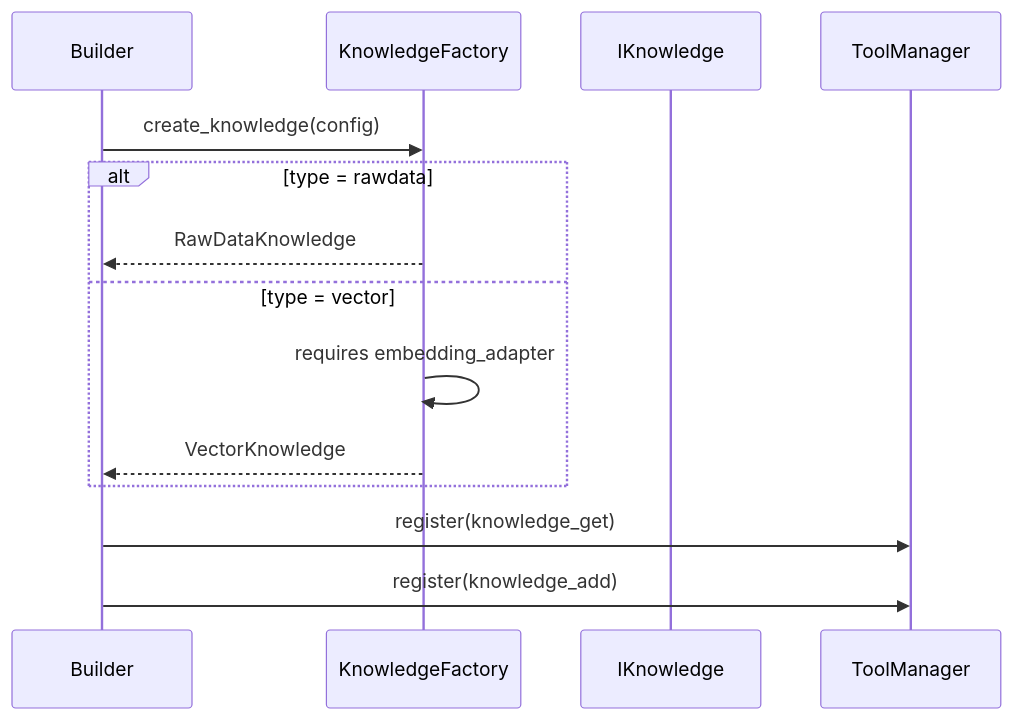
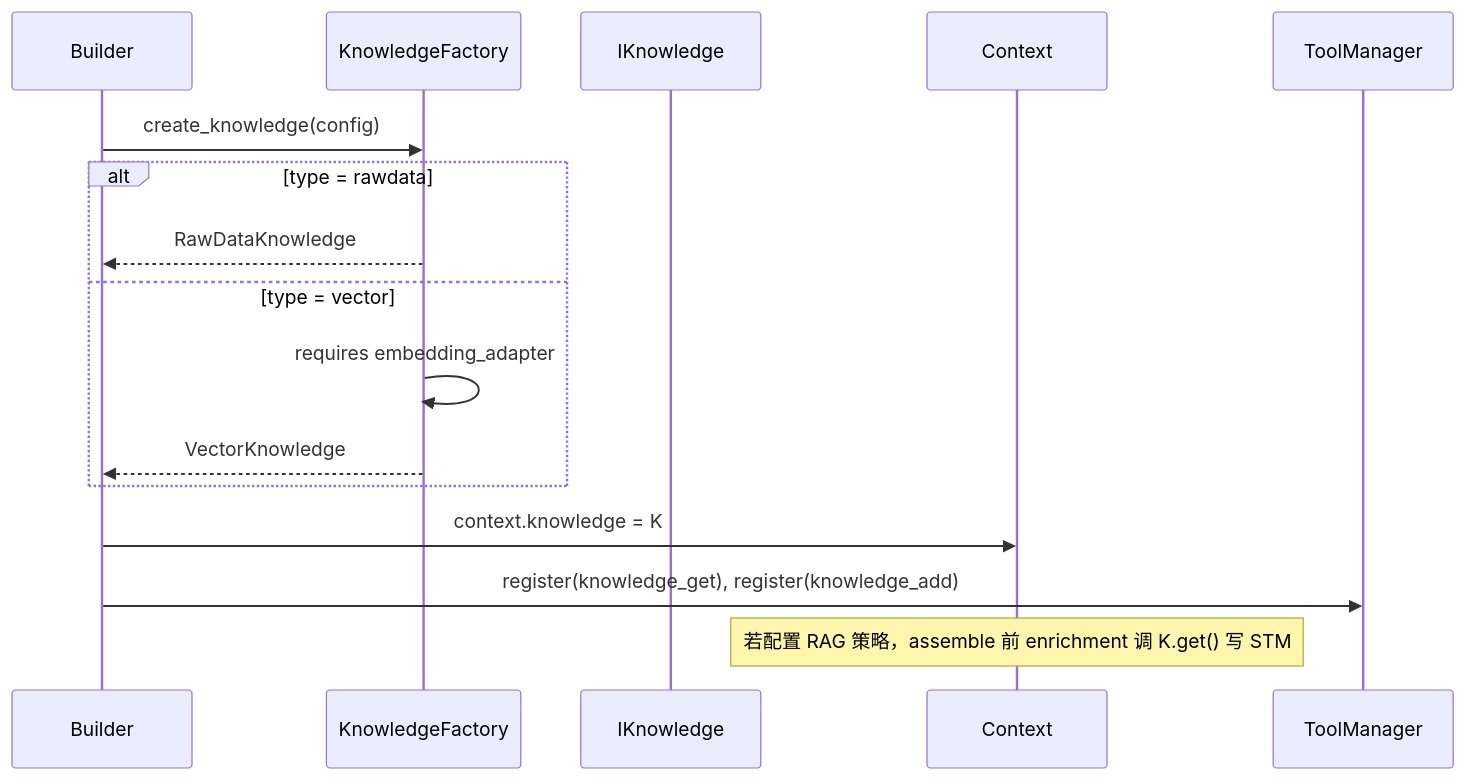
Before and after one commit to clowder-labs/Deterministic-Agent-Runtime-Engine: the sixth of 29 diagrams in docs/DARE_FRAMEWORK_DESIGN.md, drawn with Mermaid. The commit also changed other lines of this file and 1 other file, not shown here.

````diff
--- a/docs/DARE_FRAMEWORK_DESIGN.md
+++ b/docs/DARE_FRAMEWORK_DESIGN.md
@@ -306,17 +314,19 @@
 ```mermaid
 sequenceDiagram
   participant B as Builder
   participant KF as KnowledgeFactory
   participant K as IKnowledge
+  participant C as Context
   participant TM as ToolManager
 
   B->>KF: create_knowledge(config)
   alt type = rawdata
     KF-->>B: RawDataKnowledge
   else type = vector
     KF->>KF: requires embedding_adapter
     KF-->>B: VectorKnowledge
   end
-  B->>TM: register(knowledge_get)
-  B->>TM: register(knowledge_add)
+  B->>C: context.knowledge = K
+  B->>TM: register(knowledge_get), register(knowledge_add)
+  Note over C: 若配置 RAG 策略，assemble 前 enrichment 调 K.get() 写 STM
 ```
````
